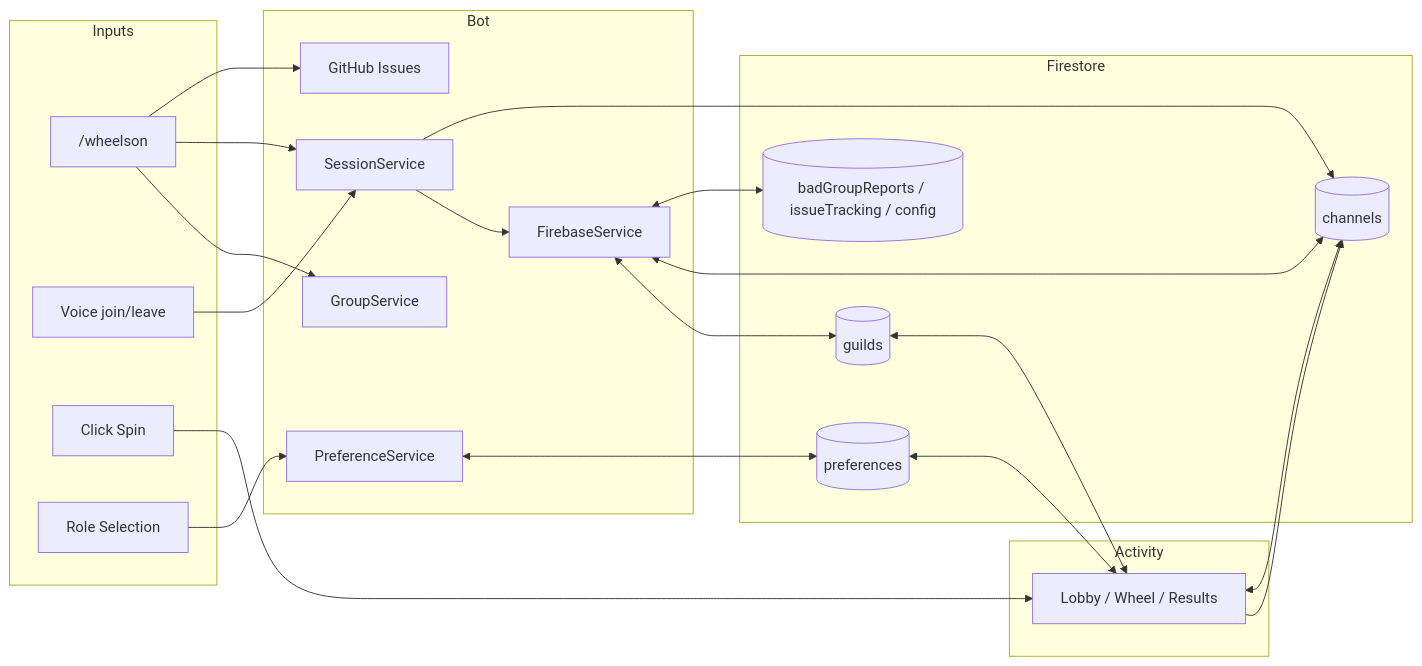
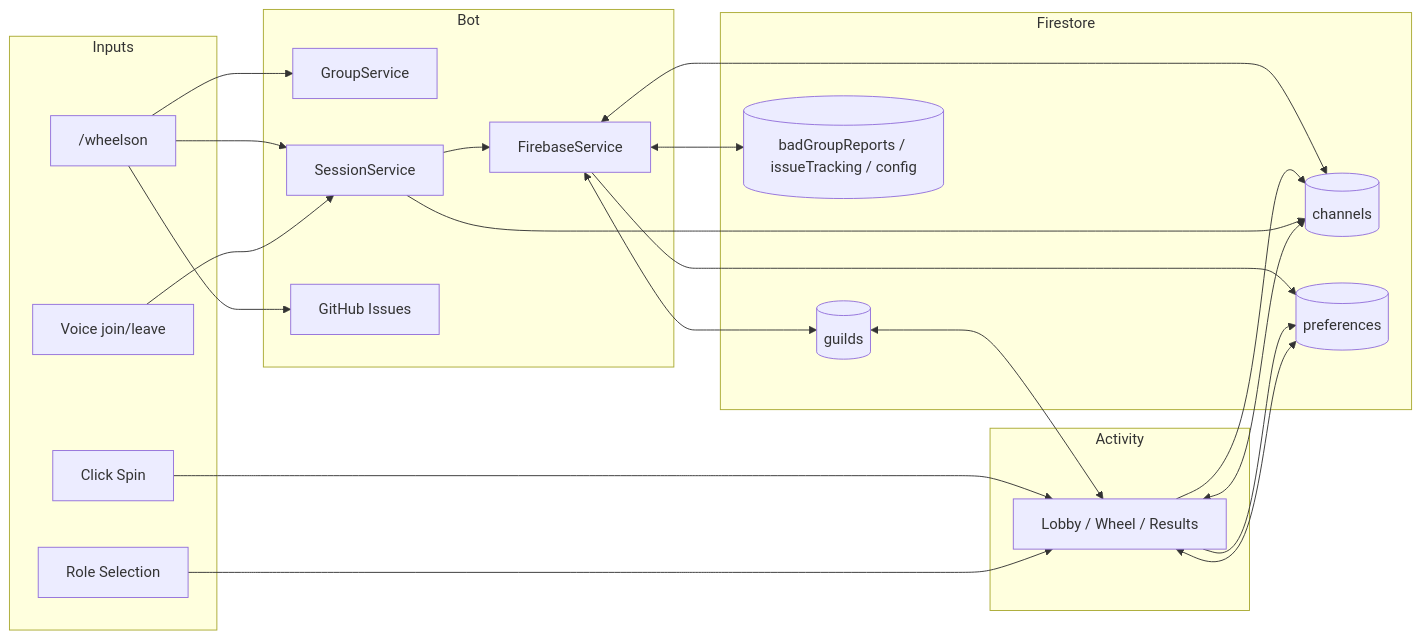
The fifth of 5 diagrams in ARCHITECTURE.md (TytaniumDev/MythicPlusDiscordBot), drawn with Mermaid before and after one commit. The commit also changed other lines of this file and 66 other files, not shown here.

````diff
--- a/ARCHITECTURE.md
+++ b/ARCHITECTURE.md
@@ -322,45 +315,45 @@
 ```mermaid
 flowchart LR
     subgraph Inputs
         Cmd["/wheelson"]
         Voice["Voice join/leave"]
         Click["Click Spin"]
         Role["Role Selection"]
     end
 
     subgraph Bot
         GS[GroupService]
         SS[SessionService]
         FS[FirebaseService]
-        PS[PreferenceService]
         Issues[GitHub Issues]
     end
 
     subgraph Firestore
         G[(guilds)]
         C[(channels)]
         P[(preferences)]
         Side[(badGroupReports / issueTracking / config)]
     end
 
     subgraph Activity
         UI[Lobby / Wheel / Results]
     end
 
     Cmd --> GS
     Cmd --> SS
     Voice --> SS
     SS --> FS
     FS <--> G
     FS <--> C
-    PS <--> P
+    FS --> P
     FS <--> Side
     G <--> UI
     C <--> UI
     P <--> UI
     Click --> UI
     UI --> C
     SS --> C
-    Role --> PS
+    Role --> UI
+    UI --> P
     Cmd --> Issues
 ```
````
